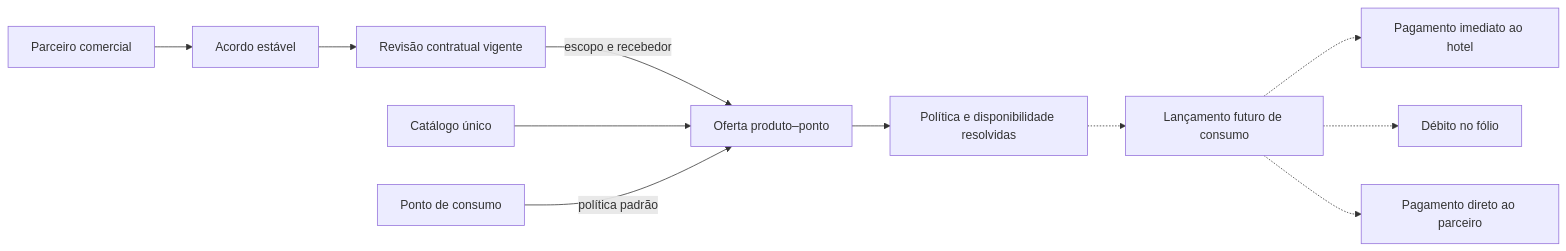
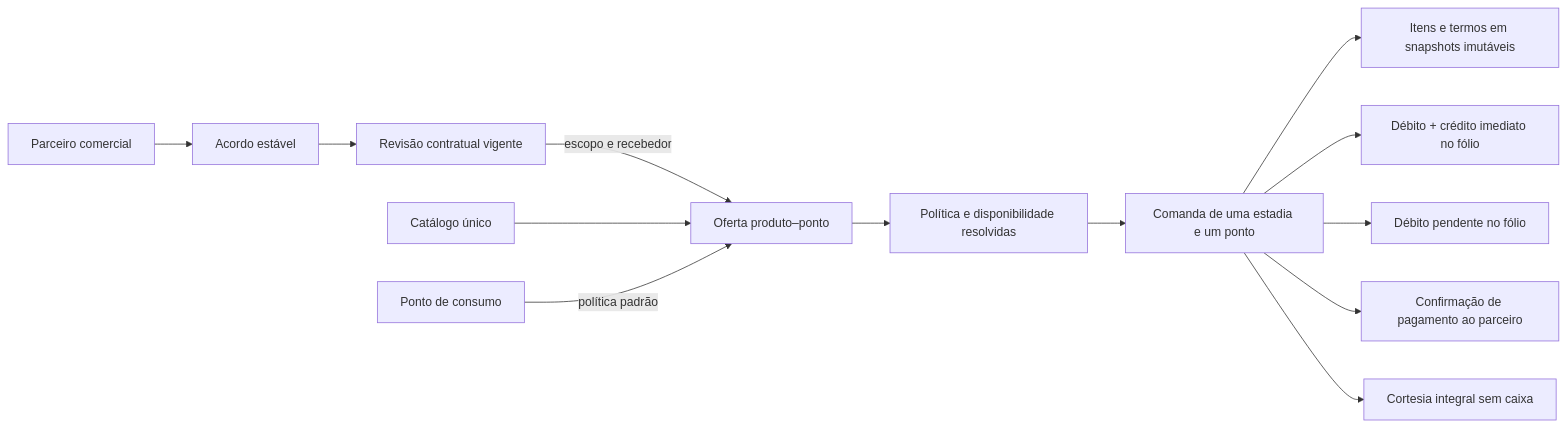
One commit to TiagoJSaraiva/CJOPRO-Sistema-de-hotelaria changed the second of 7 diagrams in docs/architecture.md. Above: the diagram before and after it, drawn with Mermaid. The commit also changed other lines of this file and 51 other files, not shown here.

````diff
--- a/docs/architecture.md
+++ b/docs/architecture.md
@@ -45,13 +45,15 @@
 ```mermaid
 flowchart LR
   partner[Parceiro comercial] --> agreement[Acordo estável]
   agreement --> revision[Revisão contratual vigente]
   revision -->|escopo e recebedor| offer
   catalog[Catálogo único] --> offer[Oferta produto–ponto]
   point[Ponto de consumo] -->|política padrão| offer
   offer --> resolved[Política e disponibilidade resolvidas]
-  resolved -.-> futureSale[Lançamento futuro de consumo]
-  futureSale -.-> immediate[Pagamento imediato ao hotel]
-  futureSale -.-> folio[Débito no fólio]
-  futureSale -.-> partnerPayment[Pagamento direto ao parceiro]
+  resolved --> order[Comanda de uma estadia e um ponto]
+  order --> snapshot[Itens e termos em snapshots imutáveis]
+  order --> immediate[Débito + crédito imediato no fólio]
+  order --> folio[Débito pendente no fólio]
+  order --> partnerPayment[Confirmação de pagamento ao parceiro]
+  order --> courtesy[Cortesia integral sem caixa]
 ```
````
